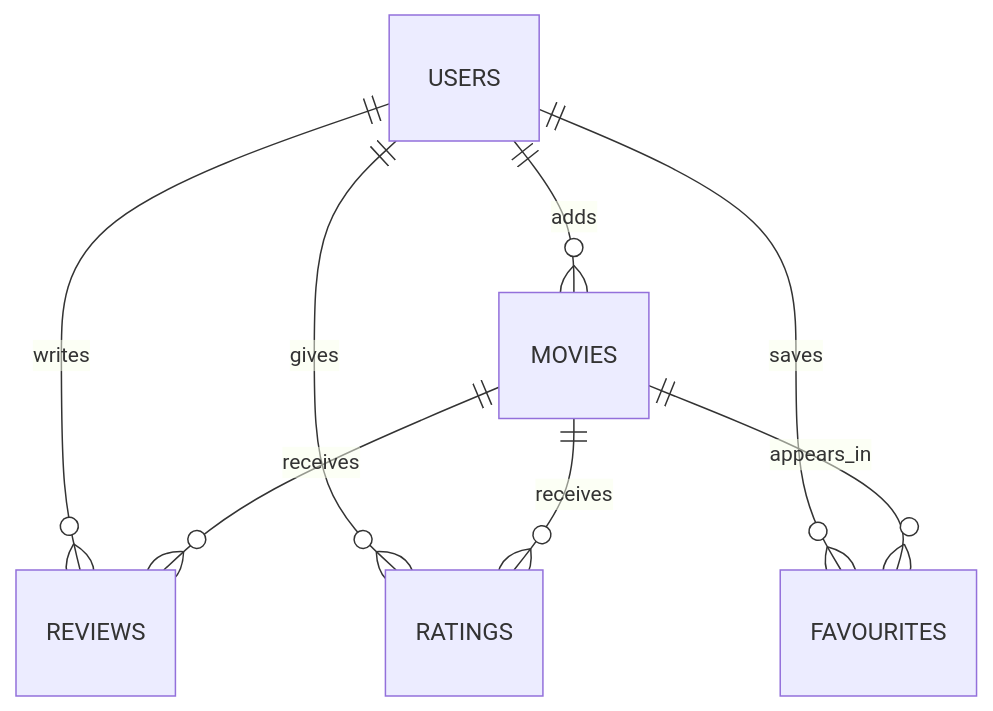
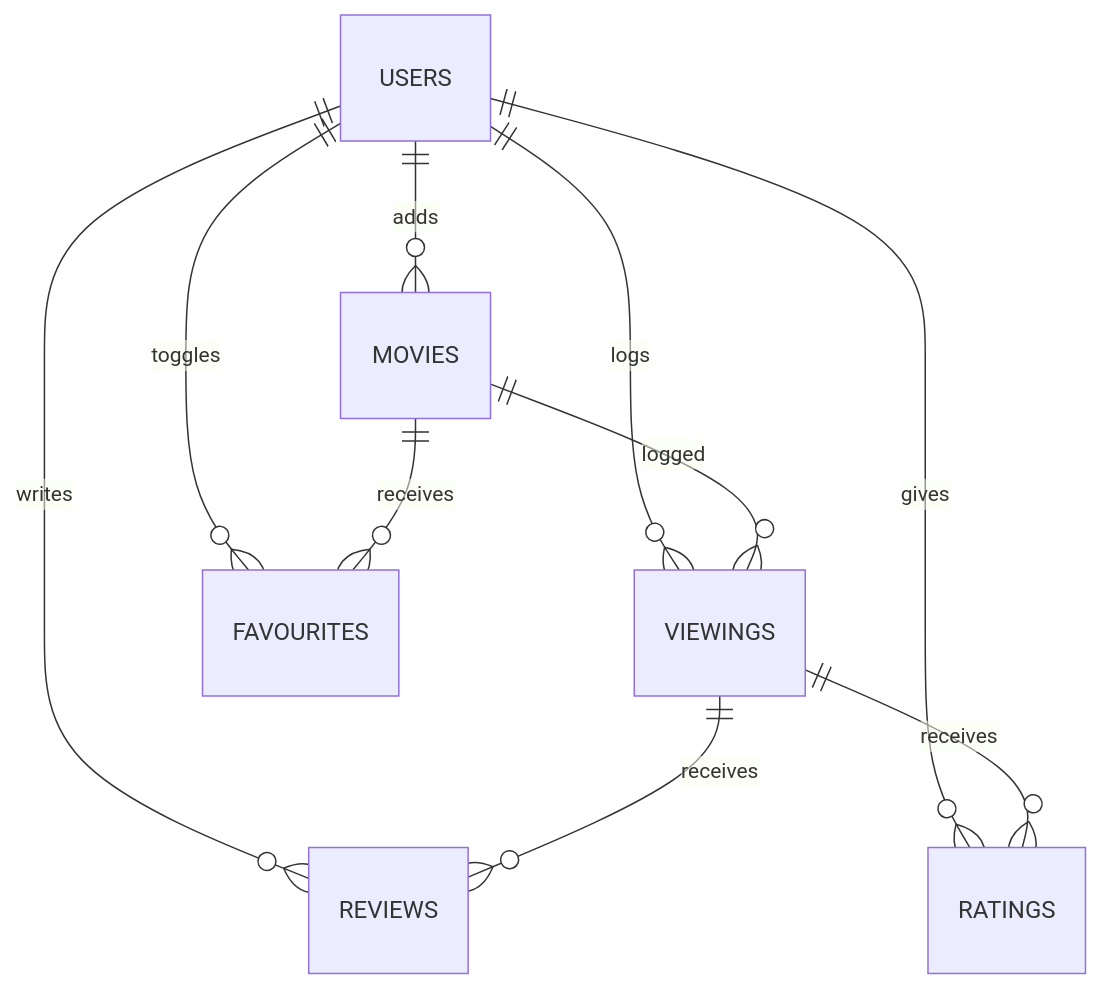
Before and after one commit to CampbellJGilpin/MovieLogger: the first of 2 diagrams in README.md, drawn with Mermaid. The commit also changed other lines of this file, not shown here.

````diff
--- a/README.md
+++ b/README.md
@@ -35,11 +42,14 @@
 ```mermaid
 erDiagram
     USERS ||--o{ MOVIES : adds
     USERS ||--o{ REVIEWS : writes
     USERS ||--o{ RATINGS : gives
-    USERS ||--o{ FAVOURITES : saves
+    USERS ||--o{ VIEWINGS : logs
+    USERS ||--o{ FAVOURITES : toggles
 
-    MOVIES ||--o{ REVIEWS : receives
-    MOVIES ||--o{ RATINGS : receives
-    MOVIES ||--o{ FAVOURITES : appears_in
+    VIEWINGS ||--o{ REVIEWS : receives
+    VIEWINGS ||--o{ RATINGS : receives
+
+    MOVIES ||--o{ FAVOURITES : receives
+    MOVIES ||--o{ VIEWINGS : logged
 ```
````
